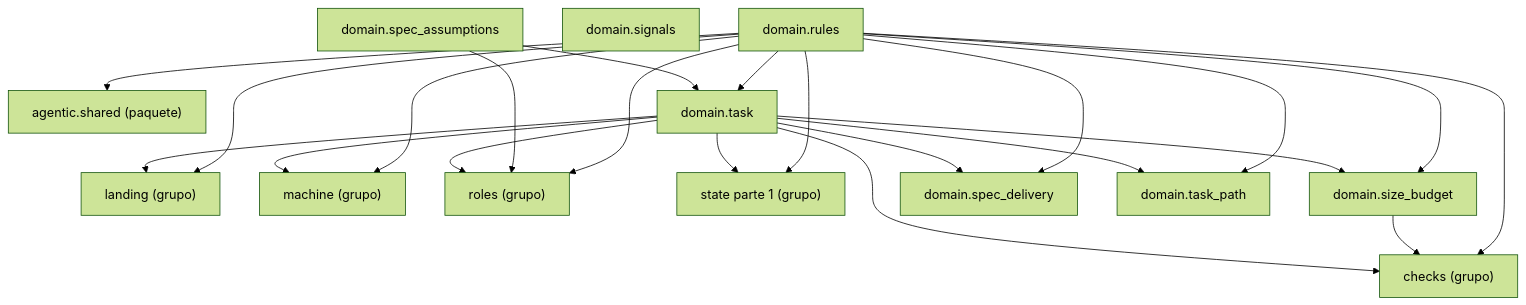
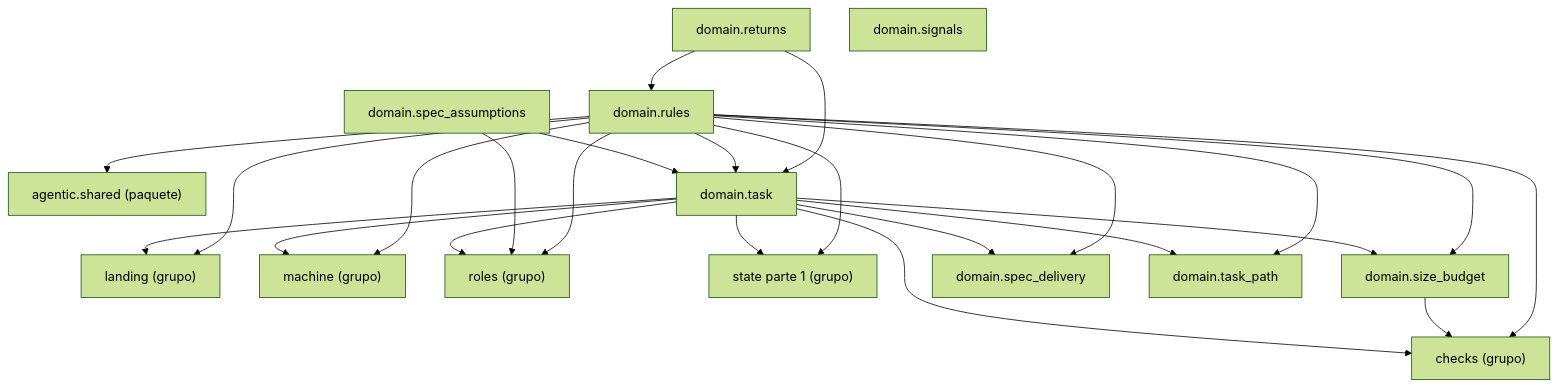
Before and after one commit to GonzaloZevallos/agentic-system: the diagram in docs/architecture/generated/packages-process-domain-state-2.md, drawn with Mermaid (forest theme). The commit also changed 29 other files, not shown here.

````diff
--- a/docs/architecture/generated/packages-process-domain-state-2.md
+++ b/docs/architecture/generated/packages-process-domain-state-2.md
@@ -12,37 +12,40 @@
 ```mermaid
 graph TD
     g_domain__checks["checks (grupo)"]
     g_domain__landing["landing (grupo)"]
     g_domain__machine["machine (grupo)"]
     g_domain__roles["roles (grupo)"]
     g_domain__state__1["state parte 1 (grupo)"]
     g_pkg__agentic__shared["agentic.shared (paquete)"]
+    m_domain__returns["domain.returns"]
     m_domain__rules["domain.rules"]
     m_domain__signals["domain.signals"]
     m_domain__size_budget["domain.size_budget"]
     m_domain__spec_assumptions["domain.spec_assumptions"]
     m_domain__spec_delivery["domain.spec_delivery"]
     m_domain__task["domain.task"]
     m_domain__task_path["domain.task_path"]
+    m_domain__returns --> m_domain__rules
+    m_domain__returns --> m_domain__task
     m_domain__rules --> g_domain__checks
     m_domain__rules --> g_domain__landing
     m_domain__rules --> g_domain__machine
     m_domain__rules --> g_domain__roles
     m_domain__rules --> g_domain__state__1
     m_domain__rules --> g_pkg__agentic__shared
     m_domain__rules --> m_domain__size_budget
     m_domain__rules --> m_domain__spec_delivery
     m_domain__rules --> m_domain__task
     m_domain__rules --> m_domain__task_path
     m_domain__size_budget --> g_domain__checks
     m_domain__spec_assumptions --> g_domain__roles
     m_domain__spec_assumptions --> m_domain__task
     m_domain__task --> g_domain__checks
     m_domain__task --> g_domain__landing
     m_domain__task --> g_domain__machine
     m_domain__task --> g_domain__roles
     m_domain__task --> g_domain__state__1
     m_domain__task --> m_domain__size_budget
     m_domain__task --> m_domain__spec_delivery
     m_domain__task --> m_domain__task_path
 ```
````
